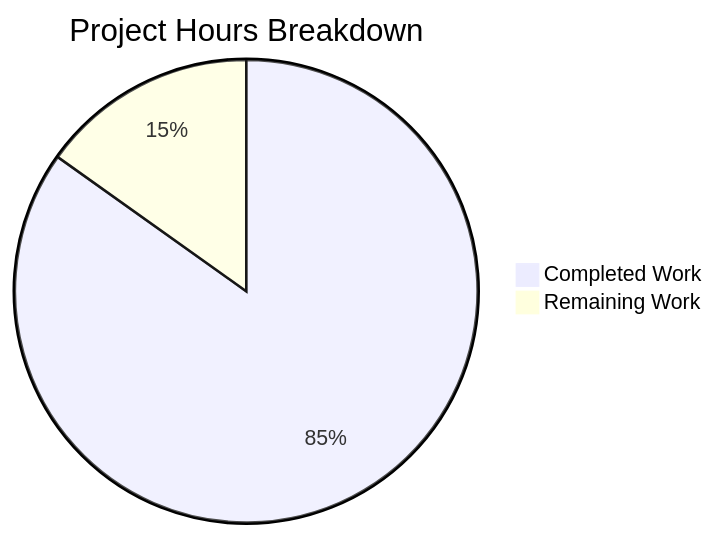
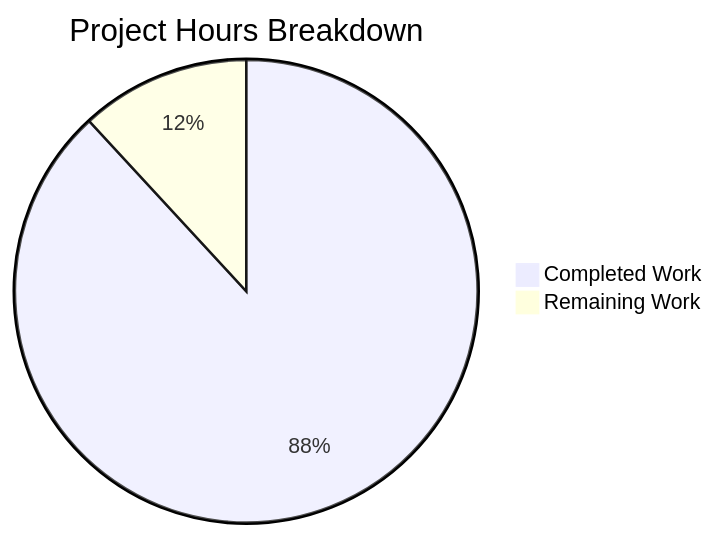
The diagram in blitzy/documentation/Project Guide.md (blitzy-public-samples/blitzy-WebVella-ERP), drawn with Mermaid before and after one commit. The commit also changed other lines of this file, not shown here.

Commit message:
Adding Blitzy Project Guide: Project Status and Human Tasks Remaining

````diff
--- a/blitzy/documentation/Project Guide.md
+++ b/blitzy/documentation/Project Guide.md
@@ -59,5 +27,5 @@
 ```mermaid
 pie title Project Hours Breakdown
-    "Completed Work" : 224
-    "Remaining Work" : 40
+    "Completed Work" : 260
+    "Remaining Work" : 35
 ```
````
